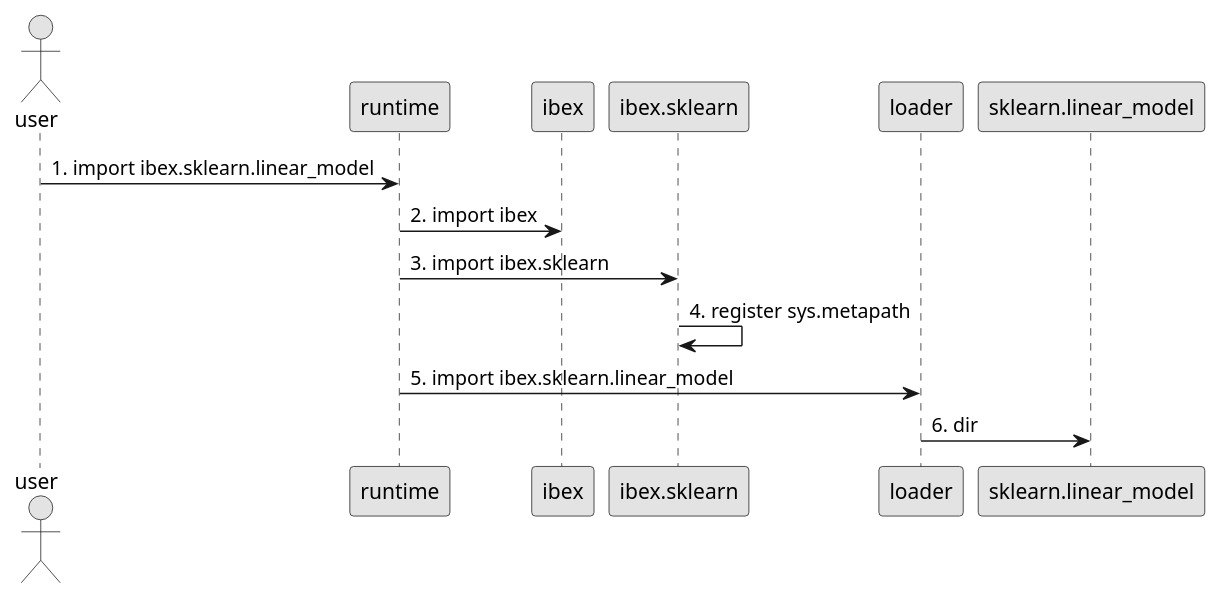
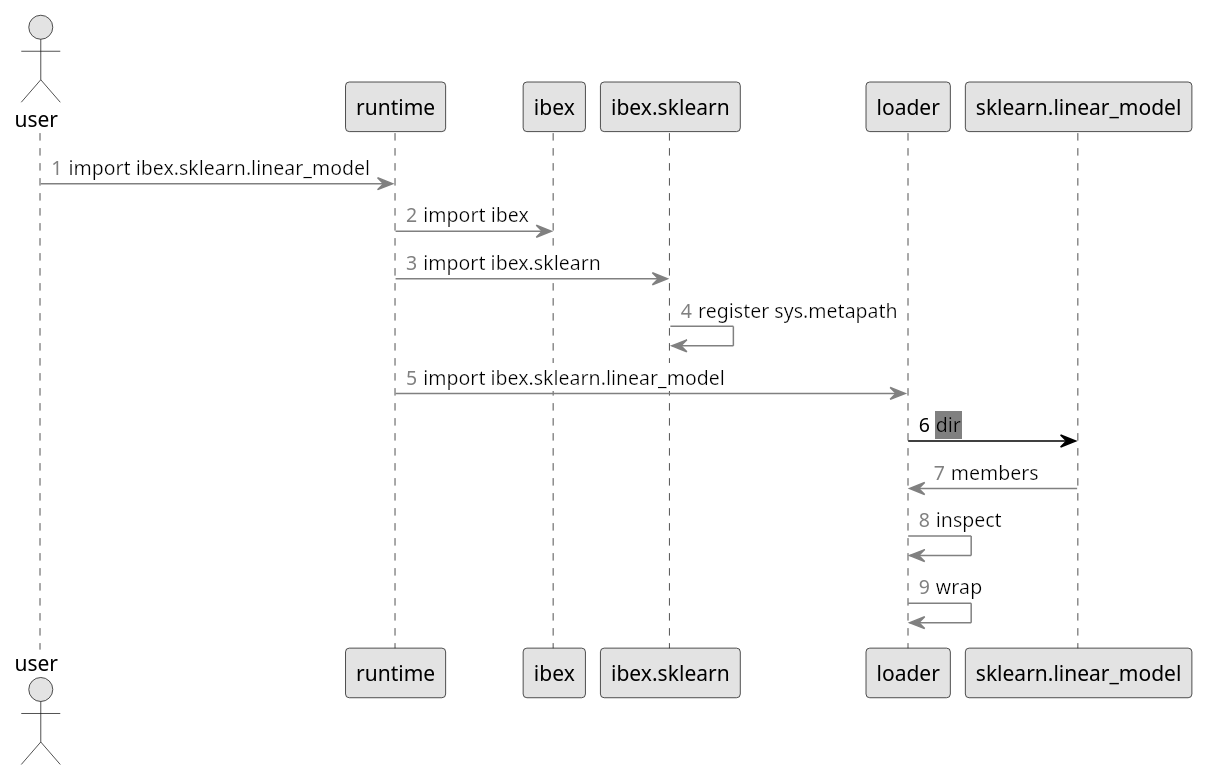
Before and after one commit to atavory/atavory.github.io: the diagram in ibex_pres/import_seq_6.plantuml, drawn with PlantUML. The commit also changed 6 other files, not shown here.

```diff
--- a/ibex_pres/import_seq_6.plantuml
+++ b/ibex_pres/import_seq_6.plantuml
@@ -1,15 +1,27 @@
 @startuml
 
 skinparam monochrome true
 skinparam shadowing false
 
 actor user
 
-user -> runtime: 1. import ibex.sklearn.linear_model
-runtime -> ibex: 2. import ibex
-runtime -> ibex.sklearn: 3. import ibex.sklearn
-ibex.sklearn -> ibex.sklearn: 4. register sys.metapath
-runtime -> loader: 5. import ibex.sklearn.linear_model
-loader -> sklearn.linear_model: 6. dir
+autonumber 1 "<font color=grey>"
+user -[#grey]> runtime: <back:white>import ibex.sklearn.linear_model</back>
+autonumber 2 "<font color=grey>"
+runtime -[#grey]> ibex: <back:white>import ibex</back>
+autonumber 3 "<font color=grey>"
+runtime -[#grey]> ibex.sklearn: <back:white>import ibex.sklearn</back>
+autonumber 4 "<font color=grey>"
+ibex.sklearn -[#grey]> ibex.sklearn: <back:white>register sys.metapath</back>
+autonumber 5 "<font color=grey>"
+runtime -[#grey]> loader: <back:white>import ibex.sklearn.linear_model</back>
+autonumber 6 "<font color=black>"
+loader -[#black]> sklearn.linear_model: <back:grey>dir</back>
+autonumber 7 "<font color=grey>"
+sklearn.linear_model -[#grey]> loader: <back:white>members</back>
+autonumber 8 "<font color=grey>"
+loader -[#grey]> loader: <back:white>inspect</back>
+autonumber 9 "<font color=grey>"
+loader -[#grey]> loader: <back:white>wrap</back>
 
 @enduml
```
